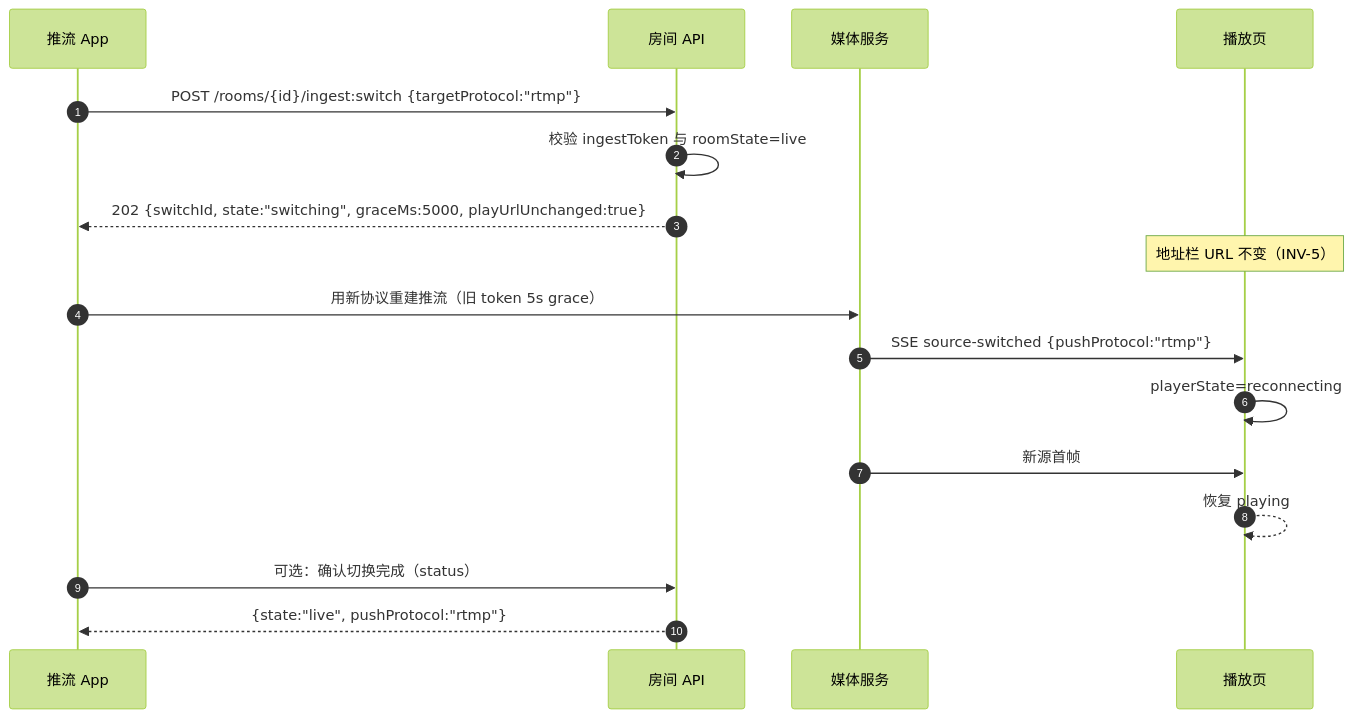
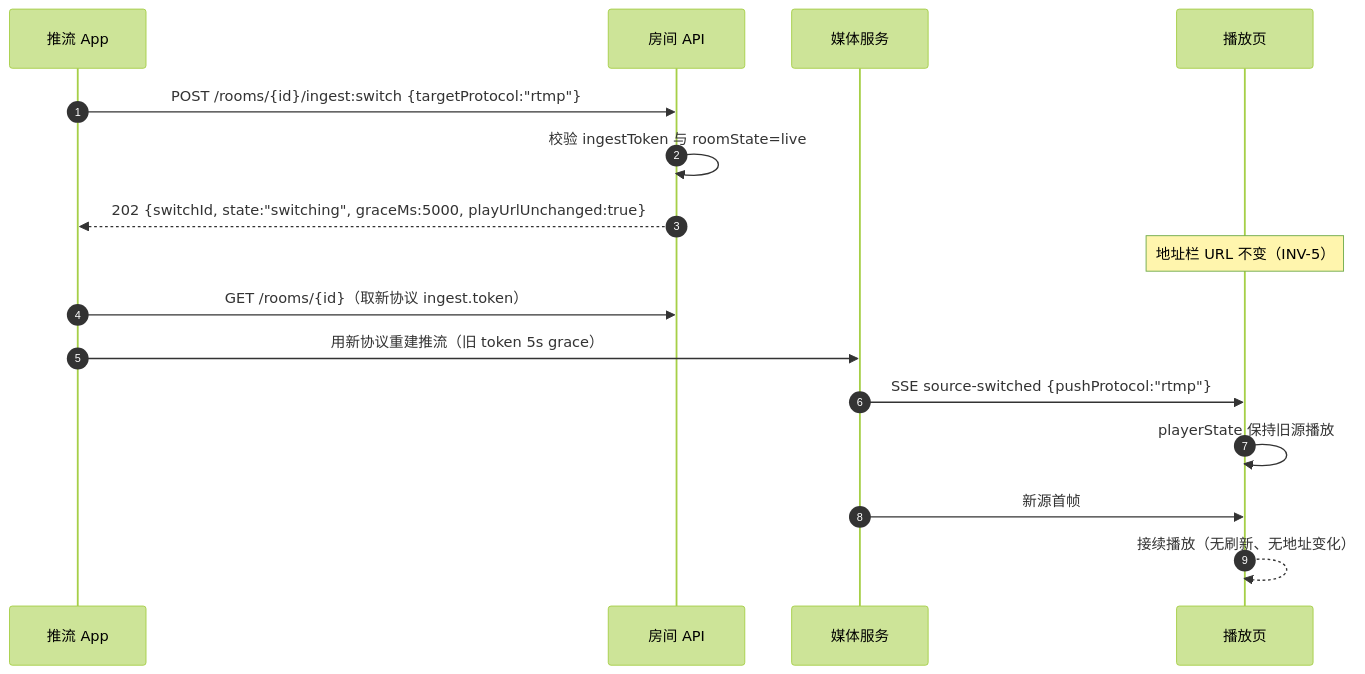
Before and after one commit to mbpz/camPush: the fourth of 4 diagrams in docs/08-m0-verification.md, drawn with Mermaid (forest theme). The commit also changed other lines of this file and 5 other files, not shown here.

````diff
--- a/docs/08-m0-verification.md
+++ b/docs/08-m0-verification.md
@@ -537,19 +671,18 @@
 ```mermaid
 sequenceDiagram
   autonumber
   participant App as 推流 App
   participant API as 房间 API
   participant M as 媒体服务
   participant P as 播放页
   App->>API: POST /rooms/{id}/ingest:switch {targetProtocol:"rtmp"}
   API->>API: 校验 ingestToken 与 roomState=live
   API-->>App: 202 {switchId, state:"switching", graceMs:5000, playUrlUnchanged:true}
   Note over P: 地址栏 URL 不变（INV-5）
+  App->>API: GET /rooms/{id}（取新协议 ingest.token）
   App->>M: 用新协议重建推流（旧 token 5s grace）
   M->>P: SSE source-switched {pushProtocol:"rtmp"}
-  P->>P: playerState=reconnecting
+  P->>P: playerState 保持旧源播放
   M->>P: 新源首帧
-  P-->>P: 恢复 playing
-  App->>API: 可选：确认切换完成（status）
-  API-->>App: {state:"live", pushProtocol:"rtmp"}
+  P-->>P: 接续播放（无刷新、无地址变化）
 ```
````
